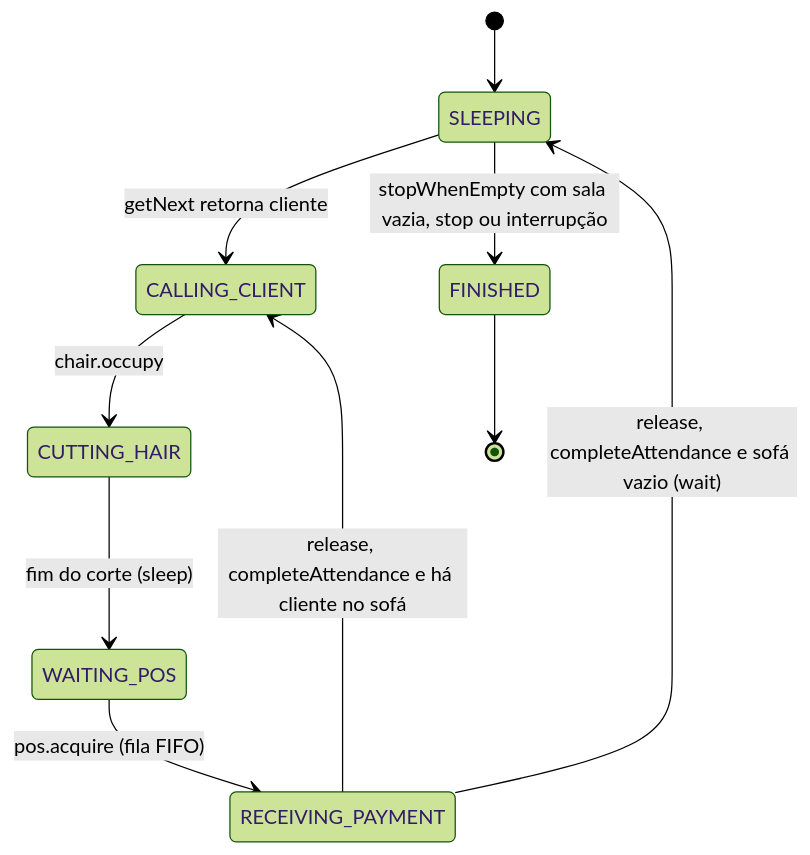
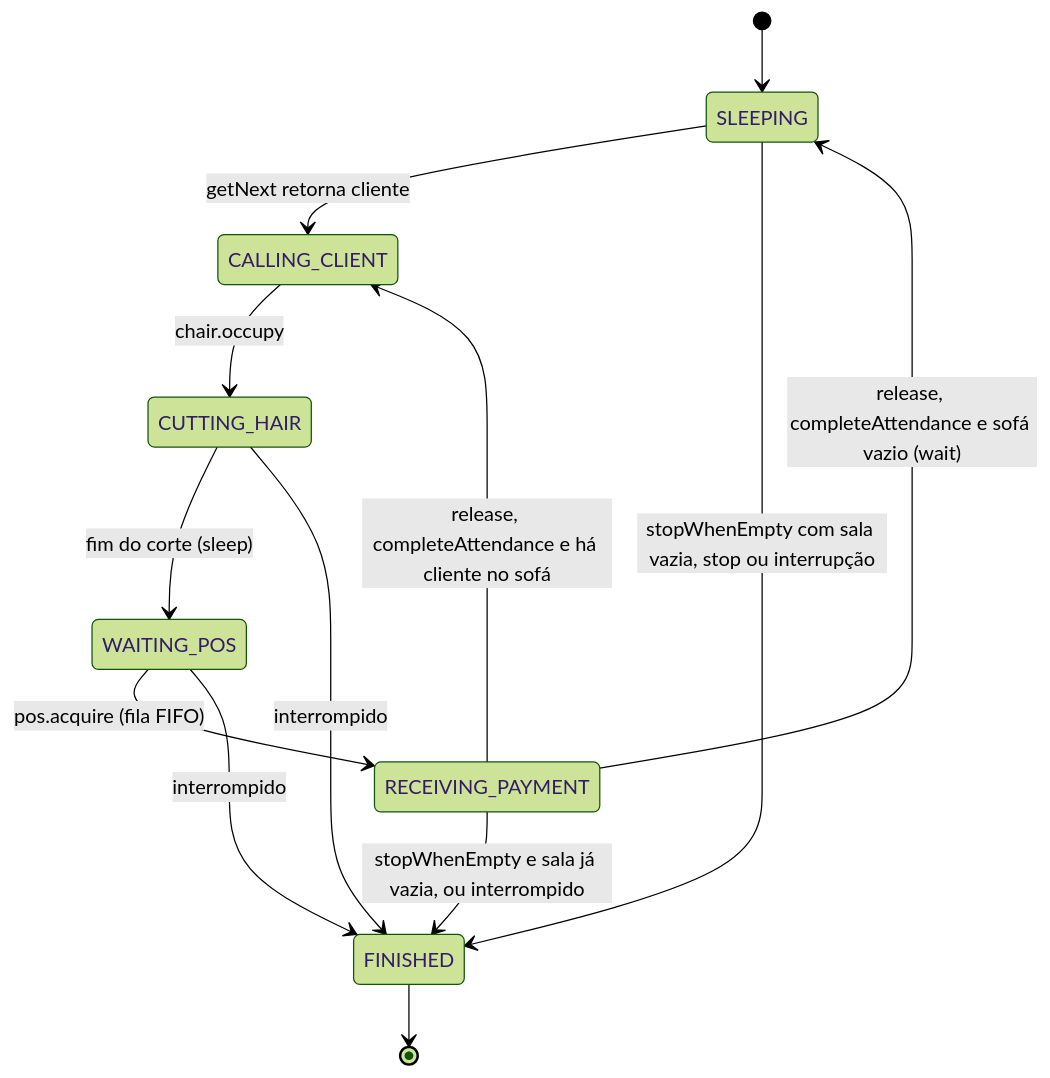
Before and after one commit to LucasTonolli/thread-barbearia: the seventh of 8 diagrams in diagramas-sincronizacao.md, drawn with Mermaid (forest theme). The commit also changed other lines of this file and 4 other files, not shown here.

````diff
--- a/diagramas-sincronizacao.md
+++ b/diagramas-sincronizacao.md
@@ -190,12 +190,15 @@
 ```mermaid
 stateDiagram-v2
     [*] --> SLEEPING
     SLEEPING --> CALLING_CLIENT : getNext retorna cliente
     CALLING_CLIENT --> CUTTING_HAIR : chair.occupy
     CUTTING_HAIR --> WAITING_POS : fim do corte (sleep)
     WAITING_POS --> RECEIVING_PAYMENT : pos.acquire (fila FIFO)
     RECEIVING_PAYMENT --> CALLING_CLIENT : release, completeAttendance e há cliente no sofá
     RECEIVING_PAYMENT --> SLEEPING : release, completeAttendance e sofá vazio (wait)
     SLEEPING --> FINISHED : stopWhenEmpty com sala vazia, stop ou interrupção
+    RECEIVING_PAYMENT --> FINISHED : stopWhenEmpty e sala já vazia, ou interrompido
+    CUTTING_HAIR --> FINISHED : interrompido
+    WAITING_POS --> FINISHED : interrompido
     FINISHED --> [*]
 ```
````
